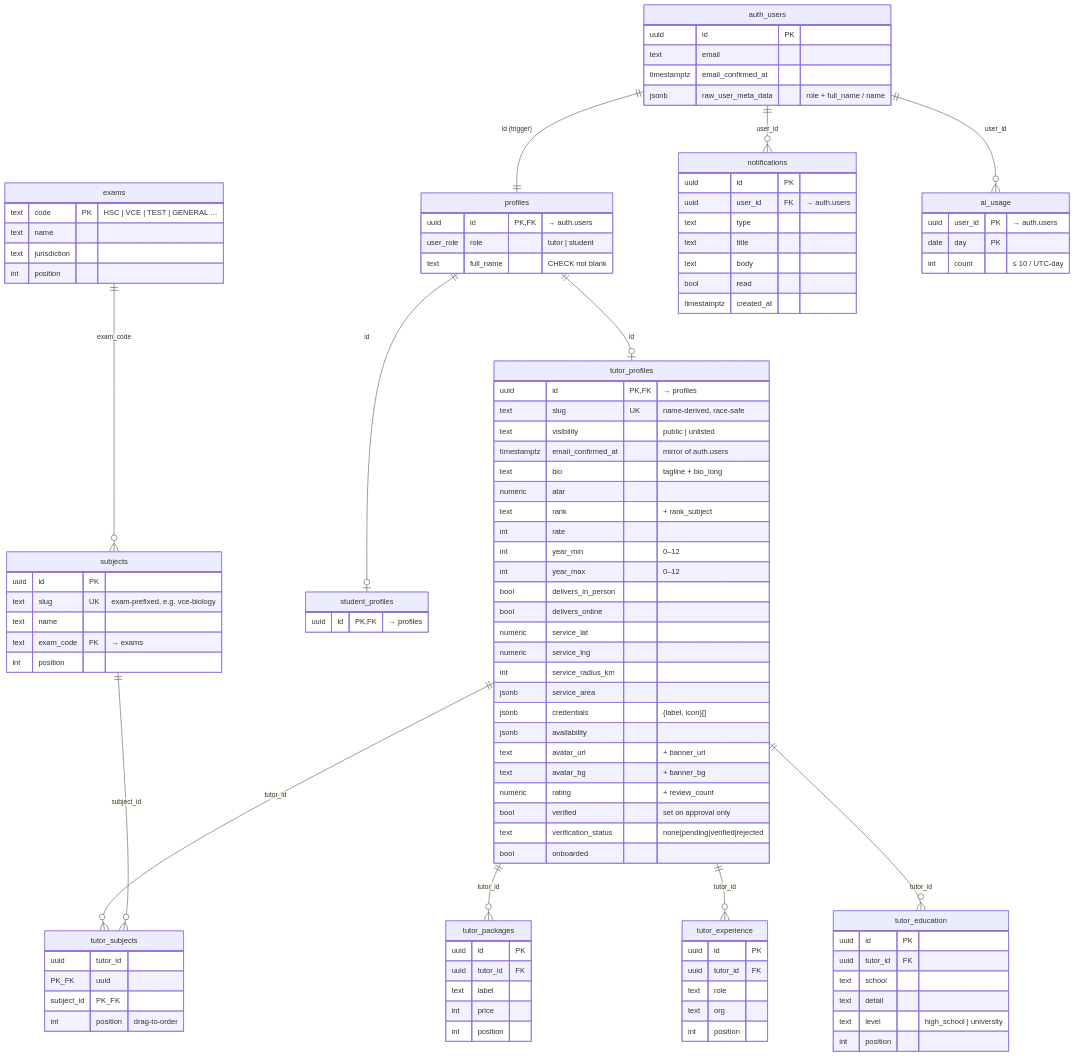
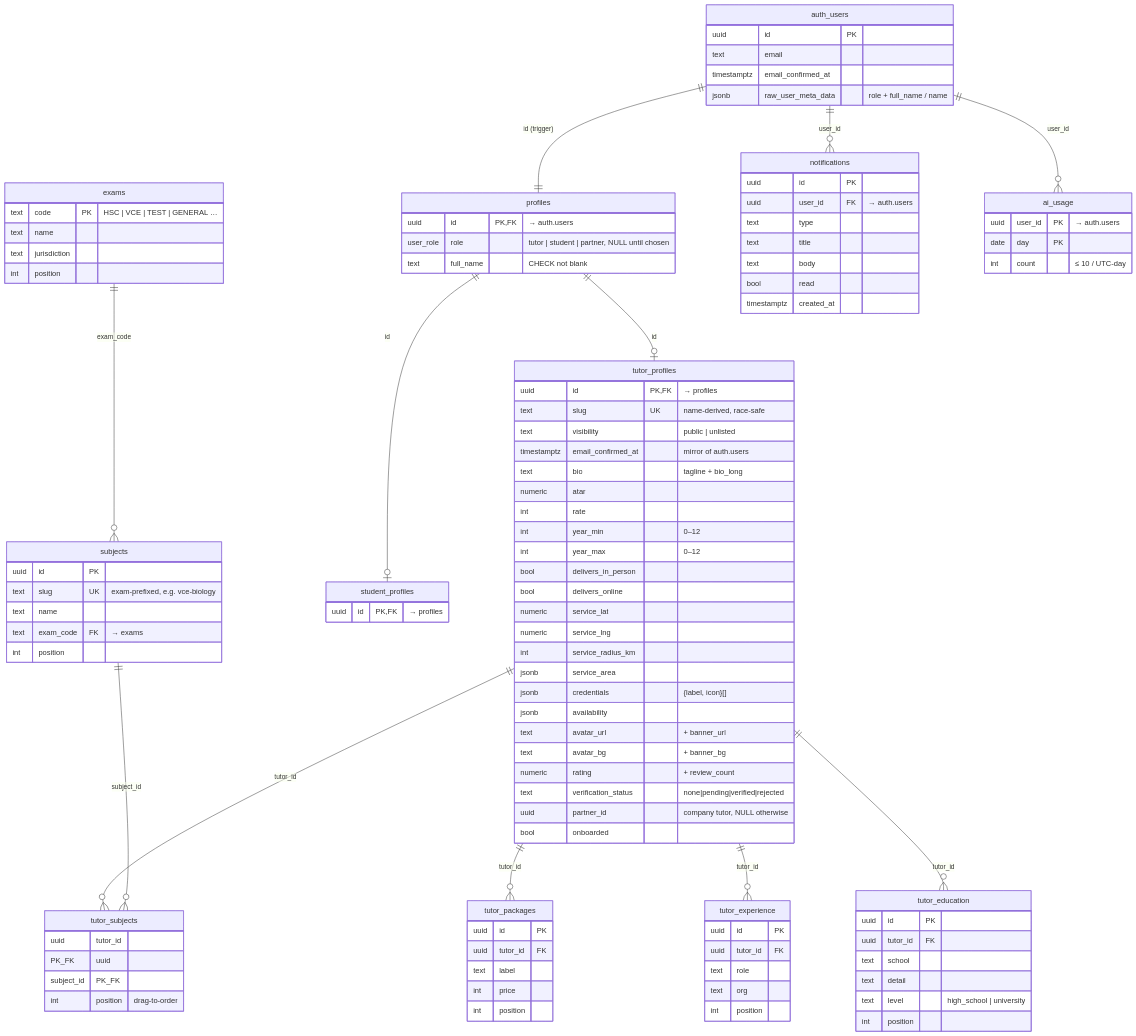
One commit to Art4v/tutor-match changed the seventh of 7 diagrams in README.md. Above: the diagram before and after it, drawn with Mermaid. The commit also changed other lines of this file and 12 other files, not shown here.

```diff
--- a/README.md
+++ b/README.md
@@ -340,7 +339,7 @@
     }
     profiles {
         uuid id PK,FK "→ auth.users"
-        user_role role "tutor | student"
+        user_role role "tutor | student | partner, NULL until chosen"
         text full_name "CHECK not blank"
     }
     tutor_profiles {
@@ -350,7 +349,6 @@
         timestamptz email_confirmed_at "mirror of auth.users"
         text bio "tagline + bio_long"
         numeric atar
-        text rank "+ rank_subject"
         int rate
         int year_min "0–12"
         int year_max "0–12"
@@ -365,8 +363,8 @@
         text avatar_url "+ banner_url"
         text avatar_bg "+ banner_bg"
         numeric rating "+ review_count"
-        bool verified "set on approval only"
         text verification_status "none|pending|verified|rejected"
+        uuid partner_id "company tutor, NULL otherwise"
         bool onboarded
     }
     student_profiles {
```
